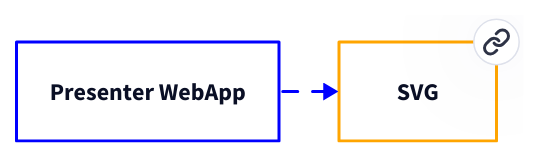
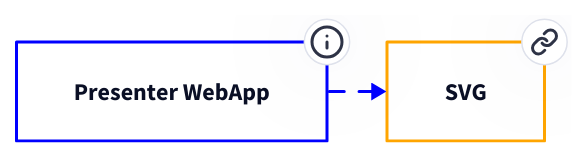
The diagram in docs/d2/sample.d2 (Khaoz-Topsy/svg), drawn with D2 before and after one commit. The commit also changed 27 other files, not shown here.

```diff
--- a/docs/d2/sample.d2
+++ b/docs/d2/sample.d2
@@ -1,20 +1,21 @@
 grid-columns: 2
 style.fill: transparent
 
 presentation: {
   label: Presenter WebApp
   style.fill: transparent
   style.stroke: blue
+  tooltip: https://google.com
 }
 
 svg: {
   label: SVG
   style.fill: transparent
   style.stroke: orange
   link: https://google.com
 }
 
 presentation -> svg: {
   style.stroke: blue
   style.animated: true
 }
```
